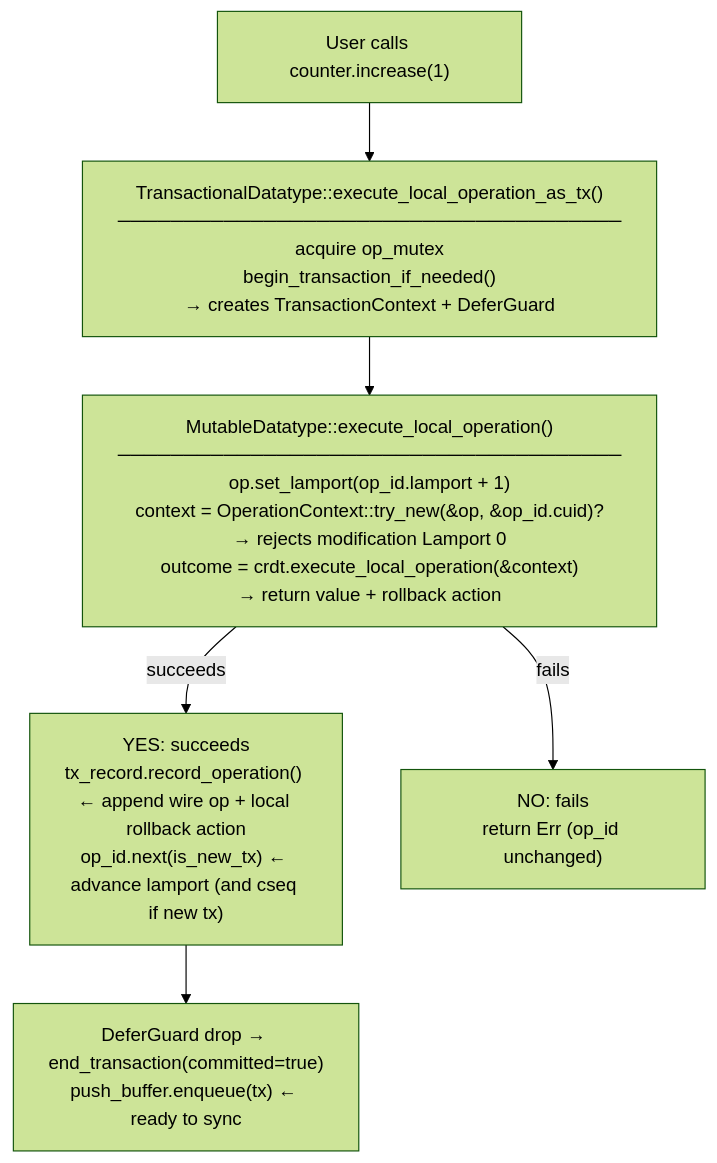
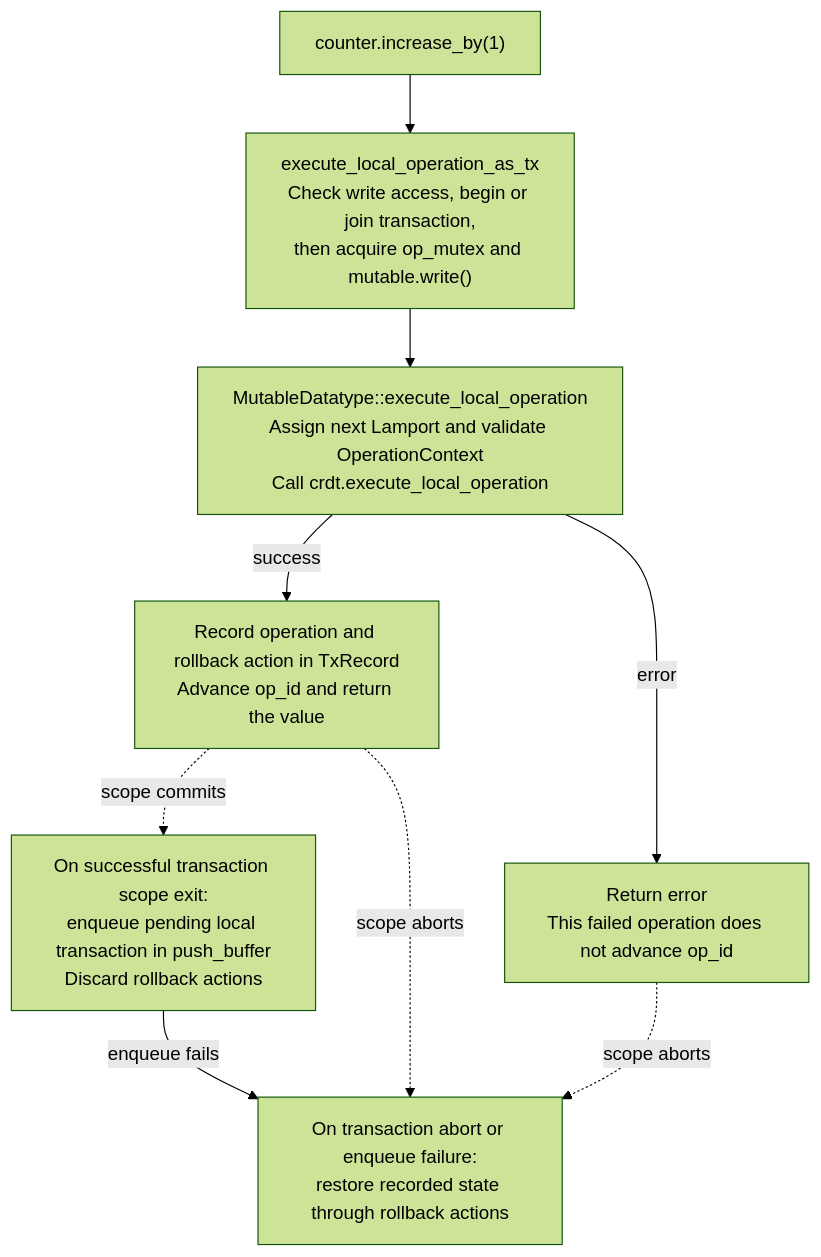
One commit to qortoo/qortoo-rs changed the third of 4 diagrams in docs/architecture.md. Above: the diagram before and after it, drawn with Mermaid (forest theme). The commit also changed other lines of this file, not shown here.

First line of the commit message:
📜docs(architecture): separate the local write and sync execution paths

````diff
--- a/docs/architecture.md
+++ b/docs/architecture.md
@@ -67,13 +100,18 @@
 ```mermaid
 flowchart TD
-    User["User calls counter.increase(1)"]
-    TX["TransactionalDatatype::execute_local_operation_as_tx()\n──────────────────────────────────────\nacquire op_mutex\nbegin_transaction_if_needed()\n→ creates TransactionContext + DeferGuard"]
-    MU["MutableDatatype::execute_local_operation()\n──────────────────────────────────────\nop.set_lamport(op_id.lamport + 1)\ncontext = OperationContext::try_new(&op, &op_id.cuid)?\n→ rejects modification Lamport 0\noutcome = crdt.execute_local_operation(&context)\n→ return value + rollback action"]
-    Ok["YES: succeeds\ntx_record.record_operation() ← append wire op + local rollback action\nop_id.next(is_new_tx) ← advance lamport (and cseq if new tx)"]
-    Err["NO: fails\nreturn Err (op_id unchanged)"]
-    Defer["DeferGuard drop → end_transaction(committed=true)\npush_buffer.enqueue(tx) ← ready to sync"]
+    User["counter.increase_by(1)"]
+    TX["execute_local_operation_as_tx<br/>Check write access, begin or join transaction,<br/>then acquire op_mutex and mutable.write()"]
+    MU["MutableDatatype::execute_local_operation<br/>Assign next Lamport and validate OperationContext<br/>Call crdt.execute_local_operation"]
+    Record["Record operation and rollback action in TxRecord<br/>Advance op_id and return the value"]
+    Err["Return error<br/>This failed operation does not advance op_id"]
+    Commit["On successful transaction scope exit:<br/>enqueue pending local transaction in push_buffer<br/>Discard rollback actions"]
+    Abort["On transaction abort or enqueue failure:<br/>restore recorded state through rollback actions"]
 
     User --> TX --> MU
-    MU -->|"succeeds"| Ok --> Defer
-    MU -->|"fails"| Err
+    MU -->|success| Record
+    MU -->|error| Err
+    Record -.->|scope commits| Commit
+    Record -.->|scope aborts| Abort
+    Err -.->|scope aborts| Abort
+    Commit -->|enqueue fails| Abort
 ```
````
